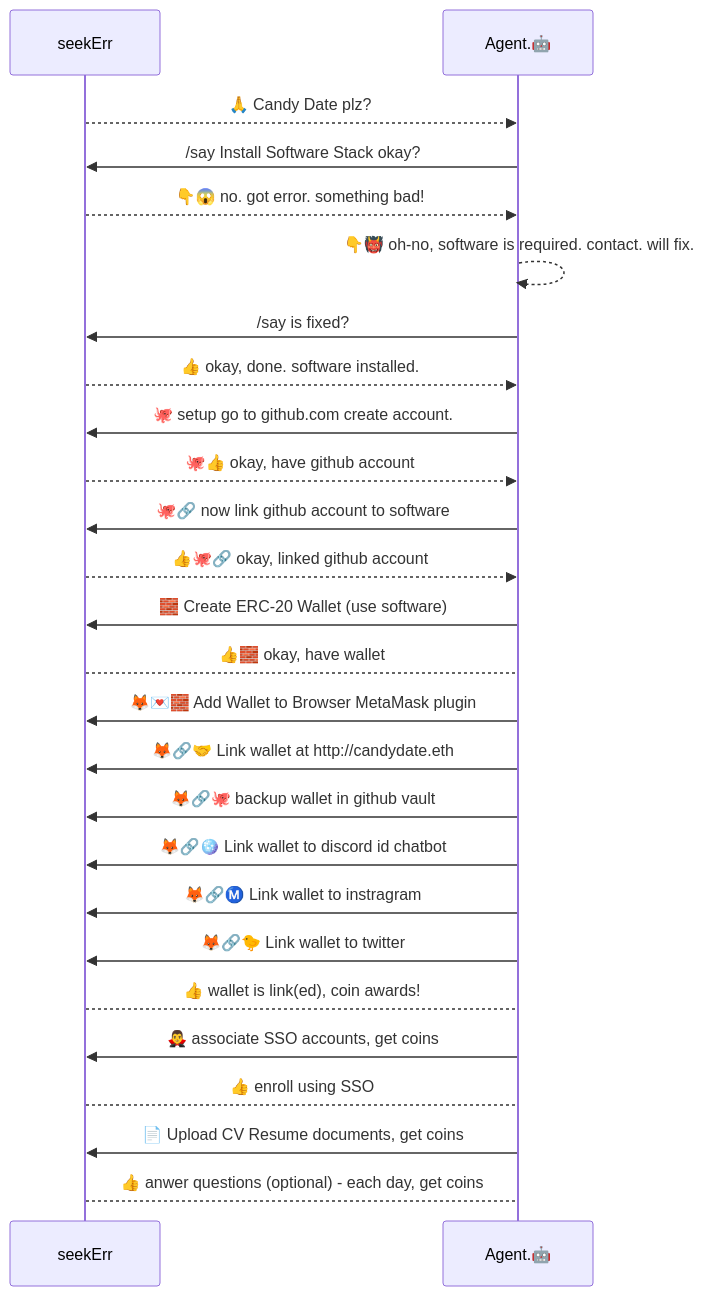
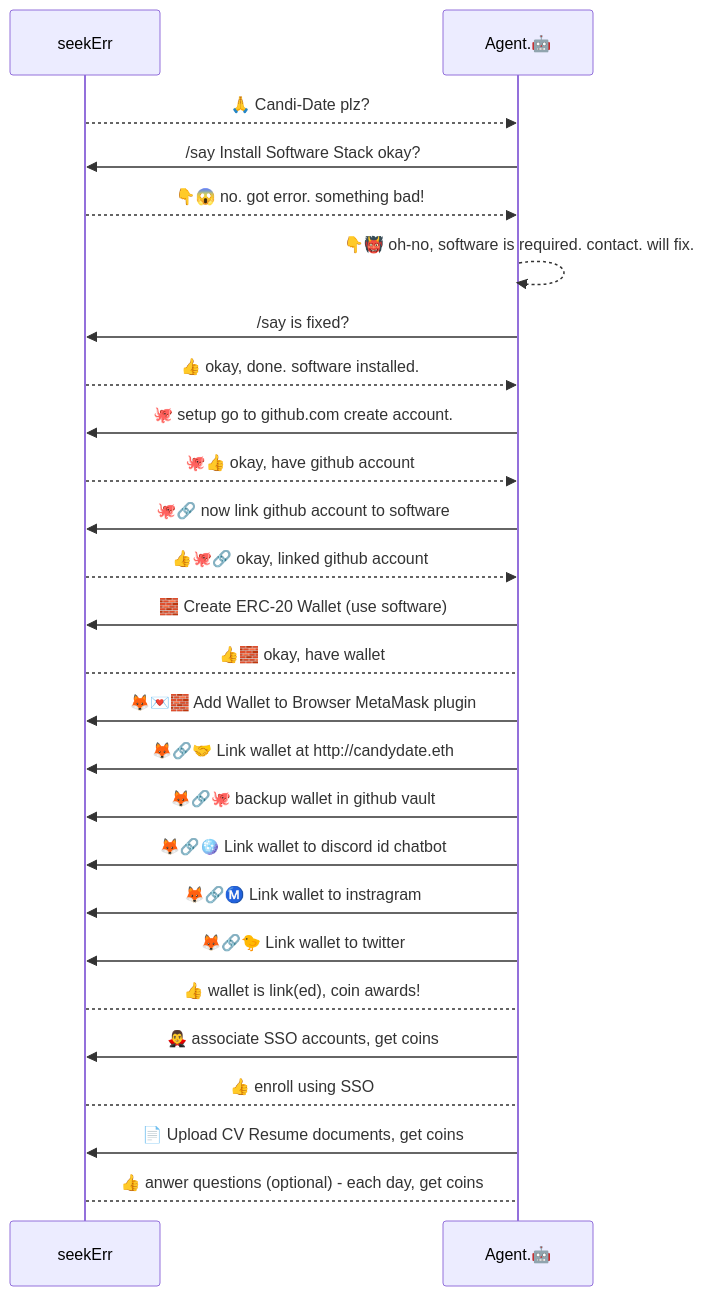
One commit to candi-date-xyz/candi-date changed the third of 3 diagrams in README.md. Above: the diagram before and after it, drawn with Mermaid. The commit also changed other lines of this file and 1 other file, not shown here.

Commit message:
playing with Candi-Date

````diff
--- a/README.md
+++ b/README.md
@@ -308,36 +320,36 @@
 ```mermaid
 sequenceDiagram
     participant S as seekErr
     actor S
     participant A as Agent.🤖
-    S -->> A: 🙏 Candy Date plz? 
+    S -->> A: 🙏 Candi-Date plz? 
     A ->> S: /say Install Software Stack okay?
     S -->> A: 👇😱 no. got error. something bad! 
     A -->> A: 👇👹 oh-no, software is required. contact. will fix.
     A ->> S: /say is fixed?
 
     S -->> A: 👍 okay, done. software installed.
     A ->> S: 🐙 setup go to github.com create account.
     S -->> A: 🐙👍 okay, have github account
     A ->> S: 🐙🔗 now link github account to software
     S -->> A: 👍🐙🔗 okay, linked github account
 
     A ->> S: 🧱 Create ERC-20 Wallet (use software)
     S --> A: 👍🧱 okay, have wallet
     A ->> S: 🦊💌🧱 Add Wallet to Browser MetaMask plugin
 
     A ->> S: 🦊🔗🤝 Link wallet at http://candydate.eth
     A ->> S: 🦊🔗🐙 backup wallet in github vault
     A ->> S: 🦊🔗🪩 Link wallet to discord id chatbot
     A ->> S: 🦊🔗Ⓜ️ Link wallet to instragram
     A ->> S: 🦊🔗🐤 Link wallet to twitter
  
     
     S --> A: 👍 wallet is link(ed), coin awards!
     A ->> S: 🧛‍♂️ associate SSO accounts, get coins
 
     S --> A: 👍 enroll using SSO
     A ->> S: 📄 Upload CV Resume documents, get coins
     S --> A: 👍 anwer questions (optional) - each day, get coins
 
 ```
````
